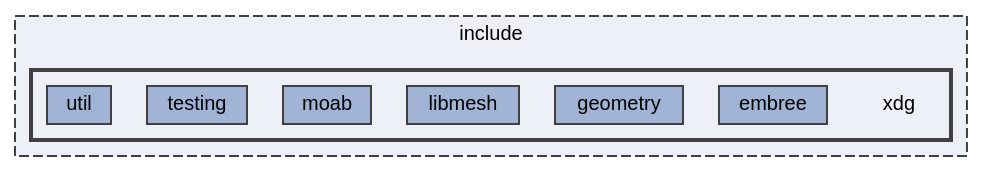
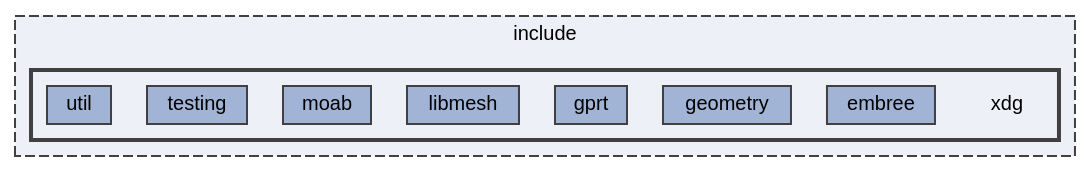
Before and after one commit to xdg-org/xdg: the diagram in dir_a61f77a295c6c4f25093e70f8496116a_dep.dot, drawn with Graphviz. The commit also changed 95 other files, not shown here.

```diff
--- a/dir_a61f77a295c6c4f25093e70f8496116a_dep.dot
+++ b/dir_a61f77a295c6c4f25093e70f8496116a_dep.dot
@@ -1,21 +1,22 @@
 digraph "/home/runner/work/xdg/xdg/include/xdg"
 {
  // LATEX_PDF_SIZE
   bgcolor="transparent";
   edge [fontname=Helvetica,fontsize=10,labelfontname=Helvetica,labelfontsize=10];
   node [fontname=Helvetica,fontsize=10,shape=box,height=0.2,width=0.4];
   compound=true
   subgraph clusterdir_d44c64559bbebec7f509842c48db8b23 {
     graph [ bgcolor="#edf0f7", pencolor="grey25", label="include", fontname=Helvetica,fontsize=10 style="filled,dashed", URL="dir_d44c64559bbebec7f509842c48db8b23.html",tooltip=""]
   subgraph clusterdir_a61f77a295c6c4f25093e70f8496116a {
     graph [ bgcolor="#edf0f7", pencolor="grey25", label="", fontname=Helvetica,fontsize=10 style="filled,bold", URL="dir_a61f77a295c6c4f25093e70f8496116a.html",tooltip=""]
     dir_a61f77a295c6c4f25093e70f8496116a [shape=plaintext, label="xdg"];
   dir_0e9a1f5b2dc242c30cd3ec2cf23b2db1 [label="embree", fillcolor="#a2b4d6", color="grey25", style="filled", URL="dir_0e9a1f5b2dc242c30cd3ec2cf23b2db1.html",tooltip=""];
   dir_d0797d6a65c20100356525fc25b828f9 [label="geometry", fillcolor="#a2b4d6", color="grey25", style="filled", URL="dir_d0797d6a65c20100356525fc25b828f9.html",tooltip=""];
+  dir_26fd4b4f9b55f71a5d3ebb8ae940ffb7 [label="gprt", fillcolor="#a2b4d6", color="grey25", style="filled", URL="dir_26fd4b4f9b55f71a5d3ebb8ae940ffb7.html",tooltip=""];
   dir_2513797b164e1f7a7740b461ec5c1deb [label="libmesh", fillcolor="#a2b4d6", color="grey25", style="filled", URL="dir_2513797b164e1f7a7740b461ec5c1deb.html",tooltip=""];
   dir_bd2fbeccc8704c28d0a7b3705441d058 [label="moab", fillcolor="#a2b4d6", color="grey25", style="filled", URL="dir_bd2fbeccc8704c28d0a7b3705441d058.html",tooltip=""];
   dir_47c3dfccc415b25782cdc631cd09b240 [label="testing", fillcolor="#a2b4d6", color="grey25", style="filled", URL="dir_47c3dfccc415b25782cdc631cd09b240.html",tooltip=""];
   dir_117e9415e31ef3e4f9e85da7f62d2105 [label="util", fillcolor="#a2b4d6", color="grey25", style="filled", URL="dir_117e9415e31ef3e4f9e85da7f62d2105.html",tooltip=""];
   }
   }
 }
```
